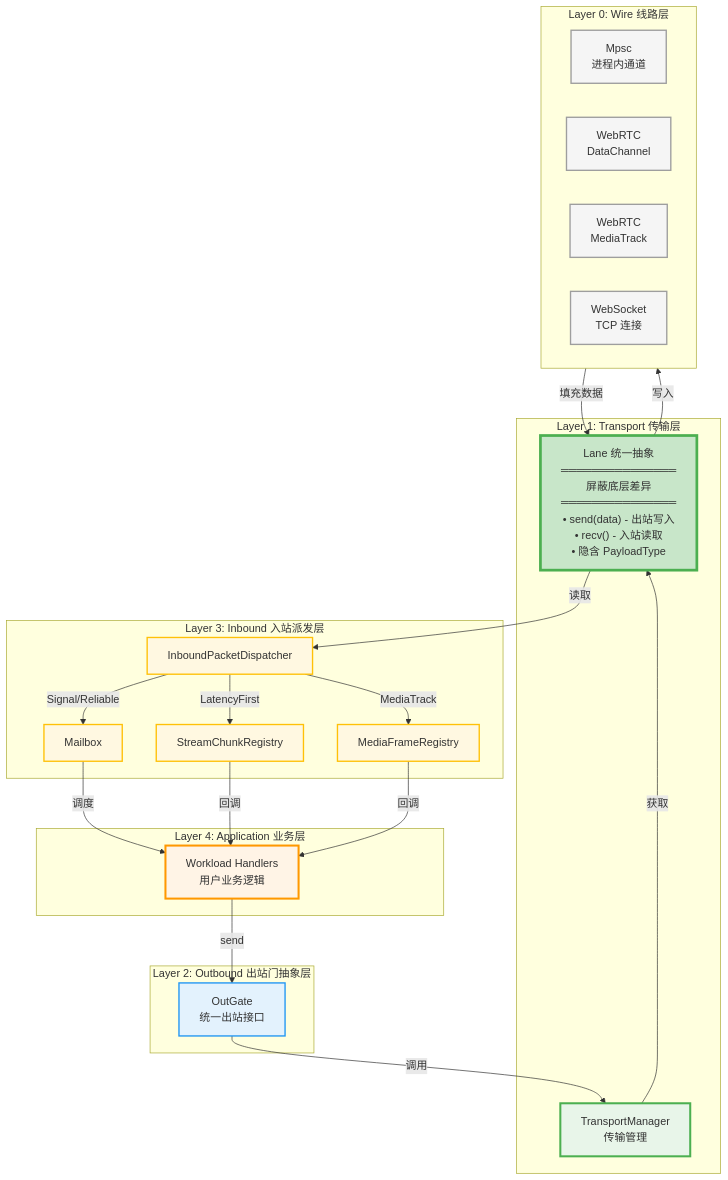
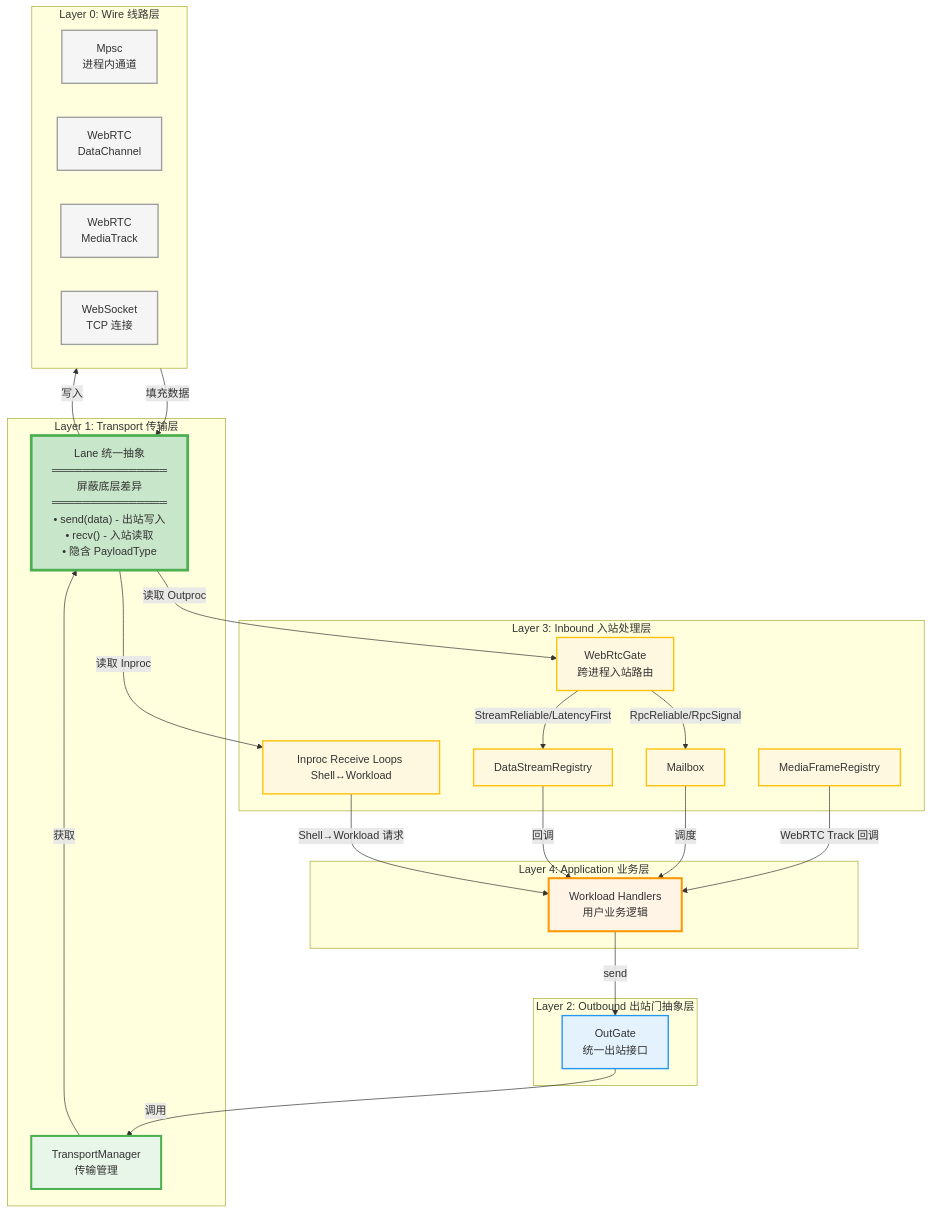
One commit to actor-rtc/actor-rtc.github.io changed the first of 3 diagrams in zh-hans/4.6-actr-runtime.zh.md. Above: the diagram before and after it, drawn with Mermaid. The commit also changed other lines of this file and 2 other files, not shown here.

First line of the commit message:
Merge pull request #1 from actor-rtc/fix/remove_inbound_packet_dispatcher

````diff
--- a/zh-hans/4.6-actr-runtime.zh.md
+++ b/zh-hans/4.6-actr-runtime.zh.md
@@ -87,62 +86,64 @@
 ```mermaid
 graph TB
     subgraph L4["Layer 4: Application 业务层"]
         WH["Workload Handlers<br/>用户业务逻辑"]
     end
 
-    subgraph L3["Layer 3: Inbound 入站派发层"]
-        MR["InboundPacketDispatcher"]
+    subgraph L3["Layer 3: Inbound 入站处理层"]
+        WG["WebRtcGate<br/>跨进程入站路由"]
+        INPROC["Inproc Receive Loops Shell↔Workload"]
         MB["Mailbox"]
-        DSR["StreamChunkRegistry"]
+        DSR["DataStreamRegistry"]
         MFR["MediaFrameRegistry"]
 
-        MR -->|Signal/Reliable| MB
-        MR -->|LatencyFirst| DSR
-        MR -->|MediaTrack| MFR
+        WG -->|RpcReliable/RpcSignal| MB
+        WG -->|StreamReliable/LatencyFirst| DSR
+        INPROC -->|Shell→Workload 请求| WH
+        MB -->|调度| WH
+        DSR -->|回调| WH
+        MFR -->|WebRTC Track 回调| WH
     end
 
     subgraph L2["Layer 2: Outbound 出站门抽象层"]
         OG["OutGate<br/>统一出站接口"]
     end
 
     subgraph L1["Layer 1: Transport 传输层"]
         TM["TransportManager<br/>传输管理"]
 
         LANE["Lane 统一抽象<br/>═══════════════<br/>屏蔽底层差异<br/>═══════════════<br/>• send(data) - 出站写入<br/>• recv() - 入站读取<br/>• 隐含 PayloadType"]
     end
 
     subgraph L0["Layer 0: Wire 线路层"]
         direction LR
         MPSC["Mpsc<br/>进程内通道"]
         DC["WebRTC<br/>DataChannel"]
         MT["WebRTC<br/>MediaTrack"]
         WS["WebSocket<br/>TCP 连接"]
     end
 
     %% 出站流向（从上到下）
     WH -->|send| OG
     OG -->|调用| TM
     TM -->|获取| LANE
     LANE -->|写入| L0
 
     %% 入站流向（从下到上）
     L0 -->|填充数据| LANE
-    LANE -->|读取| MR
-    MB -->|调度| WH
-    DSR -->|回调| WH
-    MFR -->|回调| WH
+    LANE -->|读取 Outproc| WG
+    LANE -->|读取 Inproc| INPROC
 
     classDef app fill:#fff4e6,stroke:#ff9800,stroke-width:3px
     classDef router fill:#fff8e1,stroke:#ffc107,stroke-width:2px
     classDef gate fill:#e3f2fd,stroke:#2196f3,stroke-width:2px
     classDef transport fill:#e8f5e9,stroke:#4caf50,stroke-width:3px
     classDef lane fill:#c8e6c9,stroke:#4caf50,stroke-width:4px
     classDef wire fill:#f5f5f5,stroke:#9e9e9e,stroke-width:2px
 
     class WH app
-    class MR,MB,DSR,MFR router
+    class WG,INPROC,MB,DSR,MFR router
     class OG gate
     class TM transport
     class LANE lane
     class MPSC,DC,MT,WS wire
 ```
````
